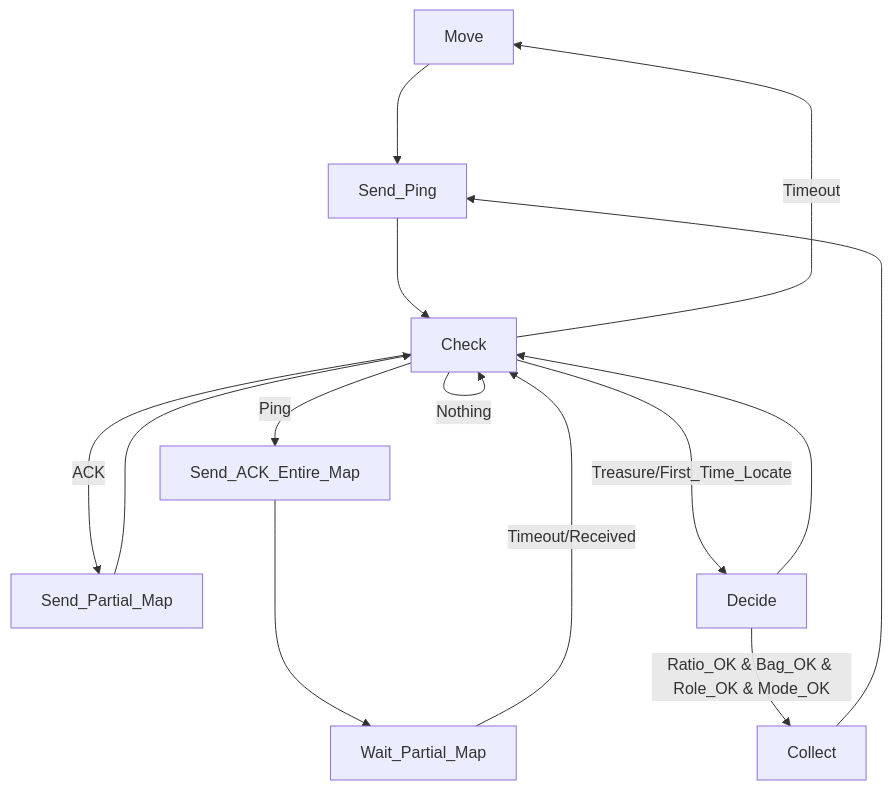
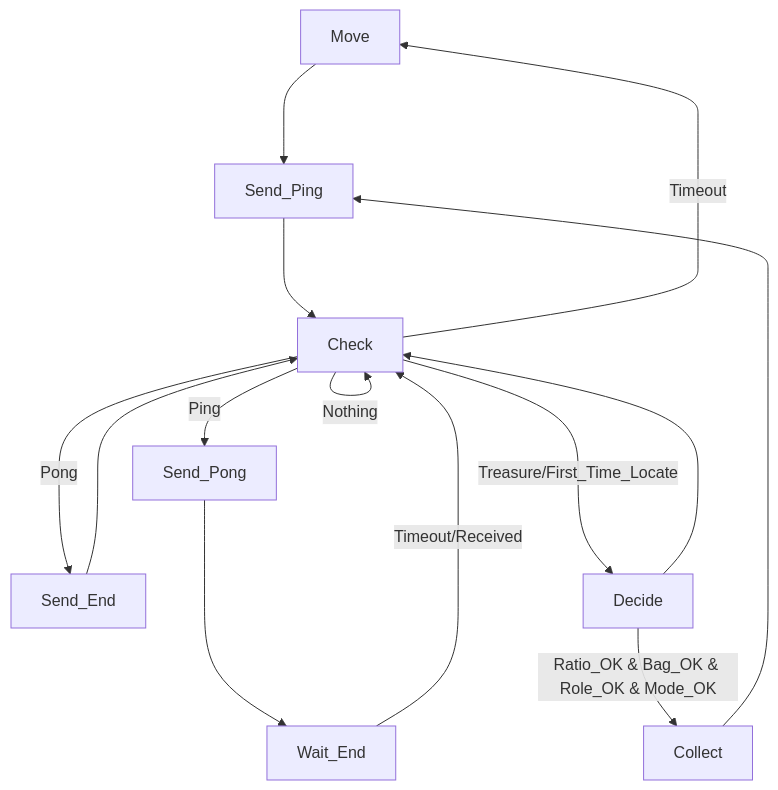
Before and after one commit to MRVNY/Fosyma: the second of 3 diagrams in FSM.md, drawn with Mermaid. The commit also changed other lines of this file and 5 other files, not shown here.

````diff
--- a/FSM.md
+++ b/FSM.md
@@ -20,23 +20,23 @@
 ```mermaid
 graph
 
 Move ---> Send_Ping
 
 Send_Ping ---> Check
 
-Check --Ping--> Send_ACK_Entire_Map
-Check --ACK--> Send_Partial_Map
+Check --Ping--> Send_Pong
+Check --Pong--> Send_End
 Check --Treasure/First_Time_Locate--> Decide
 Check --Nothing--> Check
 Check --Timeout--> Move
 
-Send_Partial_Map ---> Check
+Send_End ---> Check
 
-Send_ACK_Entire_Map ---> Wait_Partial_Map
-Wait_Partial_Map --Timeout/Received--> Check
+Send_Pong ---> Wait_End
+Wait_End --Timeout/Received--> Check
 
 Decide ---> Check
 Decide --Ratio_OK & Bag_OK & Role_OK & Mode_OK--> Collect
 
 Collect ---> Send_Ping
 ```
````
